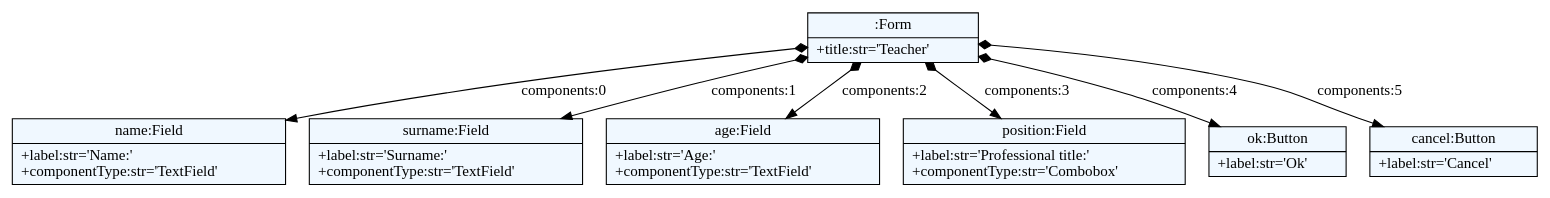
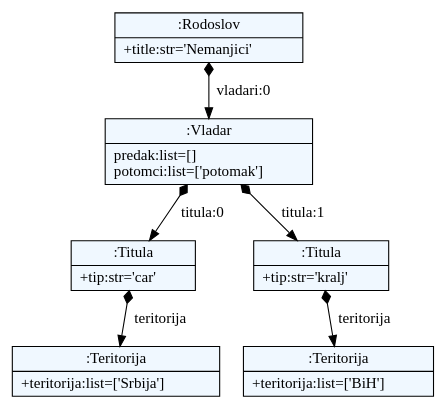
The diagram in Projekat/forms/example.dot (milenaL9/JSD_2017), drawn with Graphviz before and after one commit. The commit also changed 15 other files, not shown here.

```diff
--- a/Projekat/forms/example.dot
+++ b/Projekat/forms/example.dot
@@ -1,28 +1,26 @@
 
     digraph xtext {
     fontname = "Bitstream Vera Sans"
     fontsize = 8
     node[
         shape=record,
         style=filled,
         fillcolor=aliceblue
     ]
     nodesep = 0.3
     edge[dir=black,arrowtail=empty]
 
 
-2663485409320 -> 2663485452864 [label="components:0" arrowtail=diamond dir=both]
-2663485452864[label="{name:Field|+label:str='Name:'\l+componentType:str='TextField'\l}"]
-2663485409320 -> 2663485452920 [label="components:1" arrowtail=diamond dir=both]
-2663485452920[label="{surname:Field|+label:str='Surname:'\l+componentType:str='TextField'\l}"]
-2663485409320 -> 2663485453088 [label="components:2" arrowtail=diamond dir=both]
-2663485453088[label="{age:Field|+label:str='Age:'\l+componentType:str='TextField'\l}"]
-2663485409320 -> 2663485453144 [label="components:3" arrowtail=diamond dir=both]
-2663485453144[label="{position:Field|+label:str='Professional title:'\l+componentType:str='Combobox'\l}"]
-2663485409320 -> 2663485453256 [label="components:4" arrowtail=diamond dir=both]
-2663485453256[label="{ok:Button|+label:str='Ok'\l}"]
-2663485409320 -> 2663485453312 [label="components:5" arrowtail=diamond dir=both]
-2663485453312[label="{cancel:Button|+label:str='Cancel'\l}"]
-2663485409320[label="{:Form|+title:str='Teacher'\l}"]
+68287176 -> 68228096 [label="vladari:0" arrowtail=diamond dir=both]
+68228096 -> 68130128 [label="titula:0" arrowtail=diamond dir=both]
+68130128 -> 68131024 [label="teritorija" arrowtail=diamond dir=both]
+68131024[label="{:Teritorija|+teritorija:list=['Srbija']\l}"]
+68130128[label="{:Titula|+tip:str='car'\l}"]
+68228096 -> 68120472 [label="titula:1" arrowtail=diamond dir=both]
+68120472 -> 68129736 [label="teritorija" arrowtail=diamond dir=both]
+68129736[label="{:Teritorija|+teritorija:list=['BiH']\l}"]
+68120472[label="{:Titula|+tip:str='kralj'\l}"]
+68228096[label="{:Vladar|predak:list=[]\lpotomci:list=['potomak']\l}"]
+68287176[label="{:Rodoslov|+title:str='Nemanjici'\l}"]
 
 }
```
